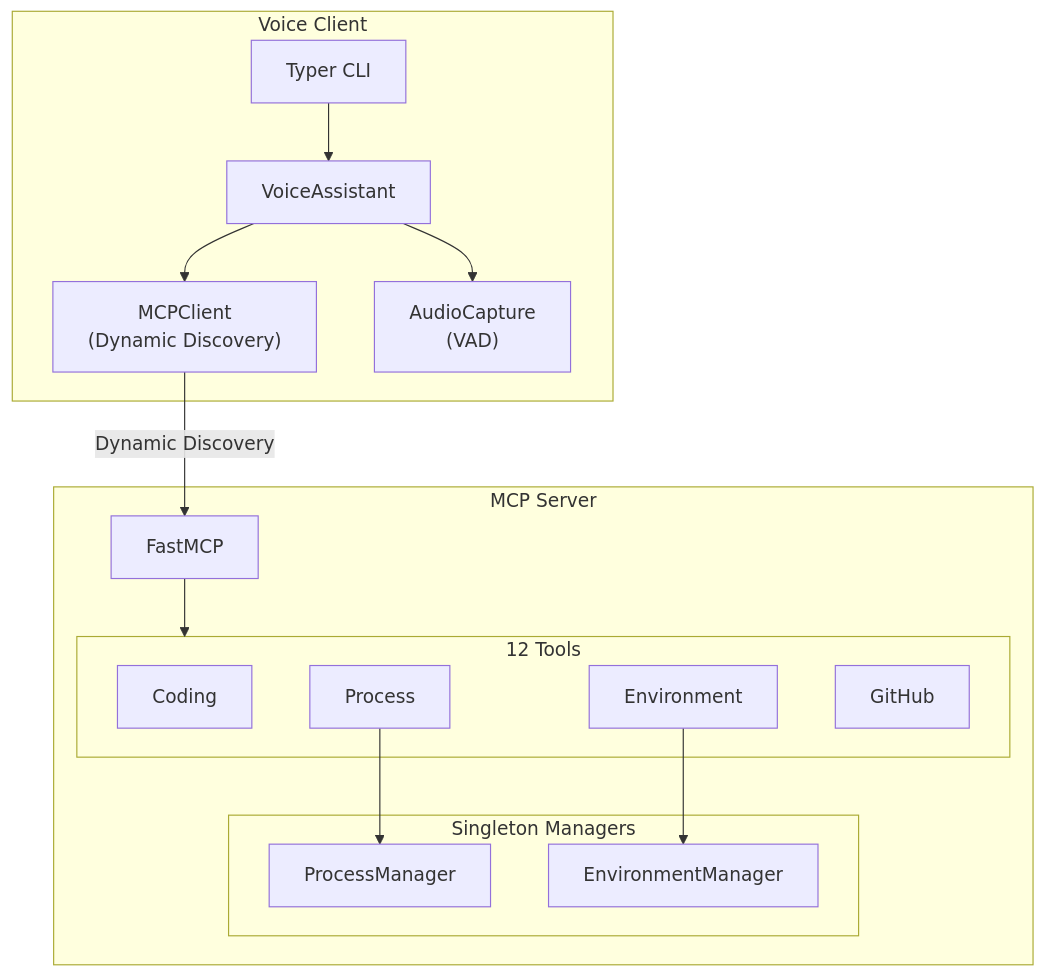
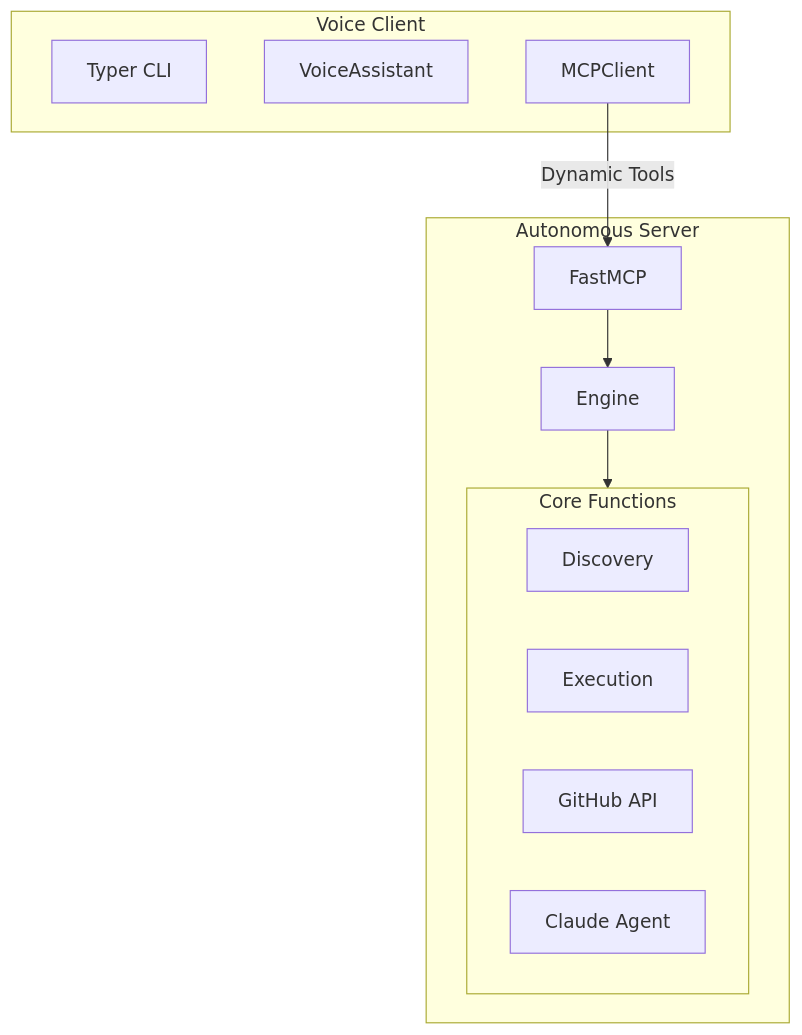
The diagram in README.md (yhinai/CodeVox), drawn with Mermaid before and after one commit. The commit also changed other lines of this file and 16 other files, not shown here.

First line of the commit message:
refactor: Golden Path Architecture v3.0

````diff
--- a/README.md
+++ b/README.md
@@ -7,31 +7,23 @@
 ```mermaid
 flowchart TB
+    subgraph Server["Autonomous Server"]
+        FMCP["FastMCP"]
+        ENG["Engine"]
+        subgraph Core["Core Functions"]
+            DISC["Discovery"]
+            EXEC["Execution"]
+            GH["GitHub API"]
+            CL["Claude Agent"]
+        end
+    end
+
     subgraph Client["Voice Client"]
         CLI["Typer CLI"]
         VA["VoiceAssistant"]
-        MCP_C["MCPClient<br/>(Dynamic Discovery)"]
-        AUD["AudioCapture<br/>(VAD)"]
+        MCP_C["MCPClient"]
     end
 
-    subgraph Server["MCP Server"]
-        FMCP["FastMCP"]
-        subgraph Managers["Singleton Managers"]
-            PM["ProcessManager"]
-            EM["EnvironmentManager"]
-        end
-        subgraph Tools["12 Tools"]
-            T1["Coding"]
-            T2["Process"]
-            T3["Environment"]
-            T4["GitHub"]
-        end
-    end
-
-    CLI --> VA
-    VA --> MCP_C
-    VA --> AUD
-    MCP_C -->|"Dynamic Discovery"| FMCP
-    FMCP --> Tools
-    T2 --> PM
-    T3 --> EM
+    FMCP --> ENG
+    ENG --> Core
+    MCP_C -->|"Dynamic Tools"| FMCP
 ```
````
